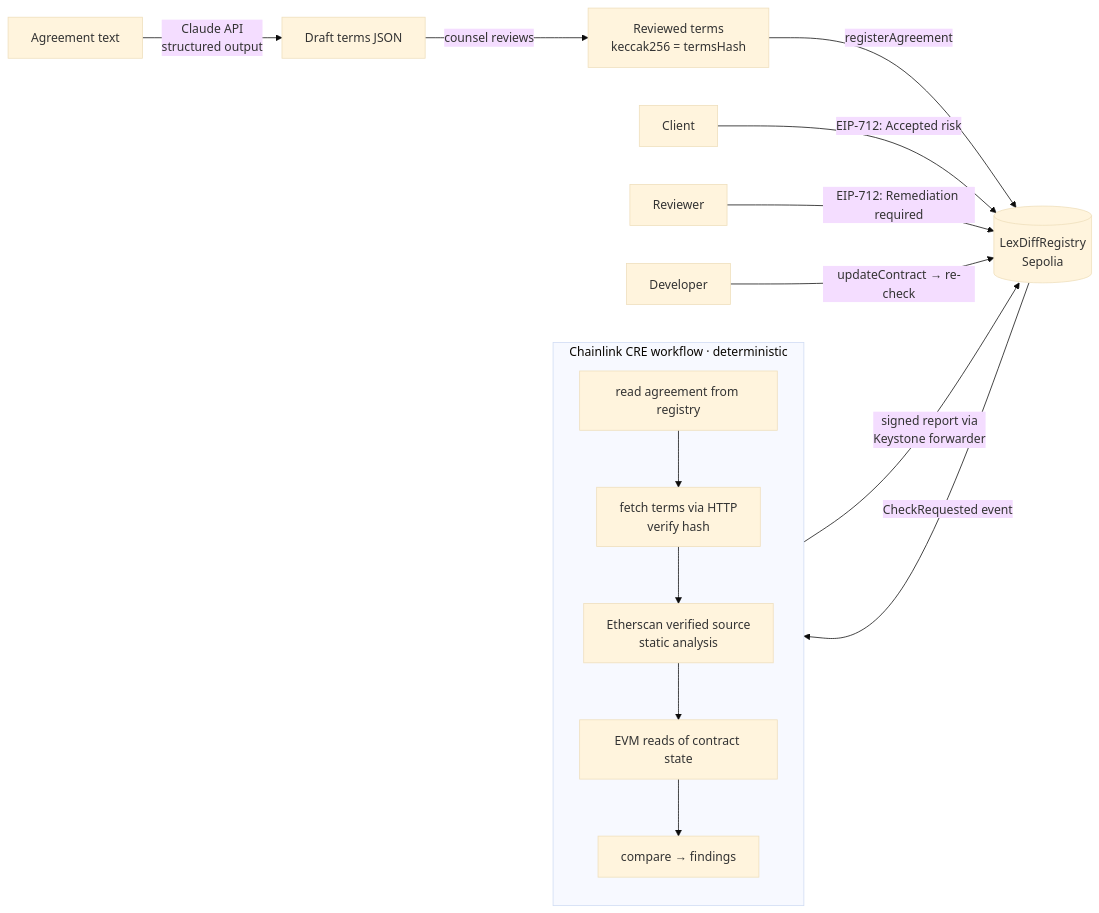
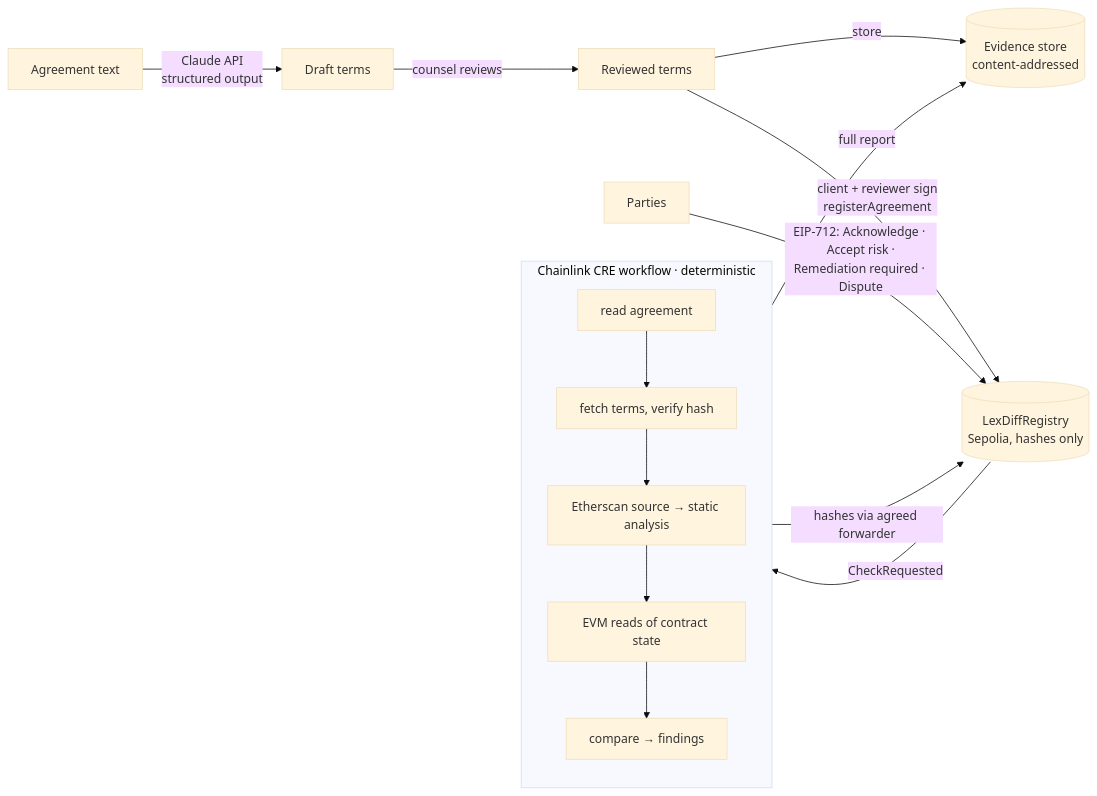
Before and after one commit to gurrasa/LexDiff: the diagram in README.md, drawn with Mermaid (base theme). The commit also changed other lines of this file and 22 other files, not shown here.

````diff
--- a/README.md
+++ b/README.md
@@ -16,18 +52,18 @@
 ```mermaid
 flowchart LR
-  A[Agreement text] -->|Claude API<br/>structured output| T[Draft terms JSON]
-  T -->|counsel reviews| R[Reviewed terms<br/>keccak256 = termsHash]
-  R -->|registerAgreement| REG[(LexDiffRegistry<br/>Sepolia)]
-  REG -- CheckRequested event --> CRE
+  A[Agreement text] -->|Claude API<br/>structured output| T[Draft terms]
+  T -->|counsel reviews| R[Reviewed terms]
+  R -->|store| ES[(Evidence store<br/>content-addressed)]
+  R -->|client + reviewer sign<br/>registerAgreement| REG[(LexDiffRegistry<br/>Sepolia, hashes only)]
+  REG -- CheckRequested --> CRE
   subgraph CRE[Chainlink CRE workflow · deterministic]
     direction TB
-    C1[read agreement from registry] --> C2[fetch terms via HTTP<br/>verify hash]
-    C2 --> C3[Etherscan verified source<br/>static analysis]
+    C1[read agreement] --> C2[fetch terms, verify hash]
+    C2 --> C3[Etherscan source → static analysis]
     C3 --> C4[EVM reads of contract state]
     C4 --> C5[compare → findings]
   end
-  CRE -->|signed report via<br/>Keystone forwarder| REG
-  CLIENT[Client] -->|EIP-712: Accepted risk| REG
-  REV[Reviewer] -->|EIP-712: Remediation required| REG
-  DEV[Developer] -->|updateContract → re-check| REG
+  CRE -->|full report| ES
+  CRE -->|hashes via agreed forwarder| REG
+  P[Parties] -->|EIP-712: Acknowledge · Accept risk ·<br/>Remediation required · Dispute| REG
 ```
````
